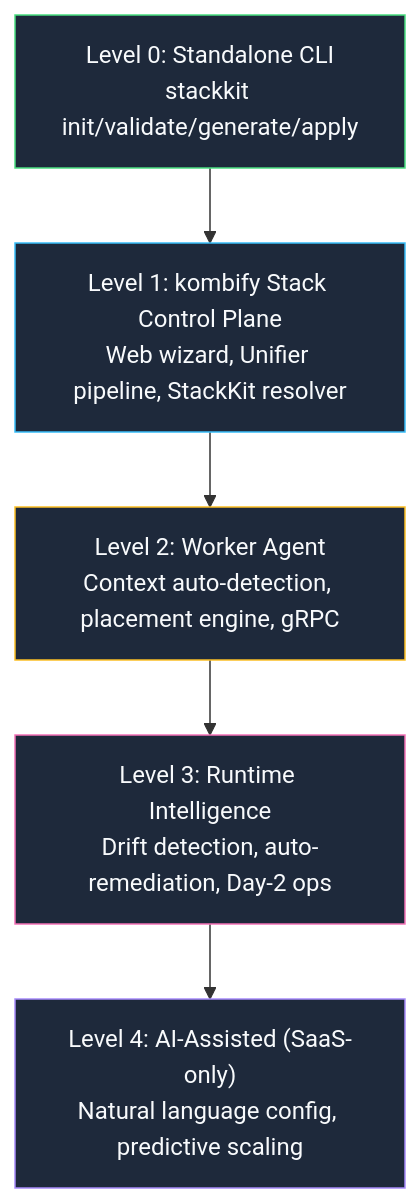
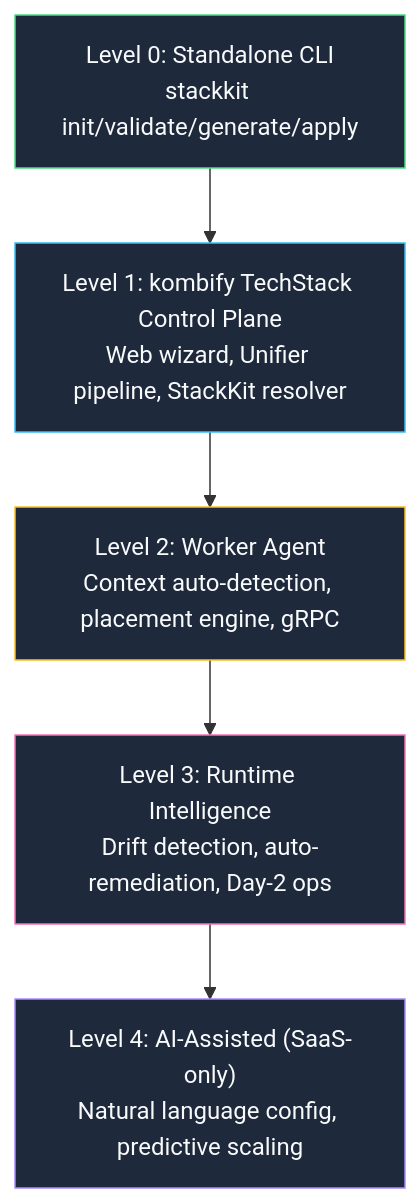
The second of 2 diagrams in concepts/stackkits.mdx (KombiverseLabs/docs), drawn with Mermaid before and after one commit. The commit also changed 57 other files, not shown here.

First line of the commit message:
docs: major restructure — add kombify AI, rename tools, adopt 4-level model

````diff
--- a/concepts/stackkits.mdx
+++ b/concepts/stackkits.mdx
@@ -211,16 +211,16 @@
 ```mermaid
 graph TB
     L0["Level 0: Standalone CLI<br/>stackkit init/validate/generate/apply"]
-    L1["Level 1: kombify Stack Control Plane<br/>Web wizard, Unifier pipeline, StackKit resolver"]
+    L1["Level 1: kombify TechStack Control Plane<br/>Web wizard, Unifier pipeline, StackKit resolver"]
     L2["Level 2: Worker Agent<br/>Context auto-detection, placement engine, gRPC"]
     L3["Level 3: Runtime Intelligence<br/>Drift detection, auto-remediation, Day-2 ops"]
     L4["Level 4: AI-Assisted (SaaS-only)<br/>Natural language config, predictive scaling"]
     
     L0 --> L1 --> L2 --> L3 --> L4
     
     style L0 fill:#1e293b,stroke:#4ade80,color:#f8fafc
     style L1 fill:#1e293b,stroke:#38bdf8,color:#f8fafc
     style L2 fill:#1e293b,stroke:#fbbf24,color:#f8fafc
     style L3 fill:#1e293b,stroke:#f472b6,color:#f8fafc
     style L4 fill:#1e293b,stroke:#a78bfa,color:#f8fafc
 ```
````
